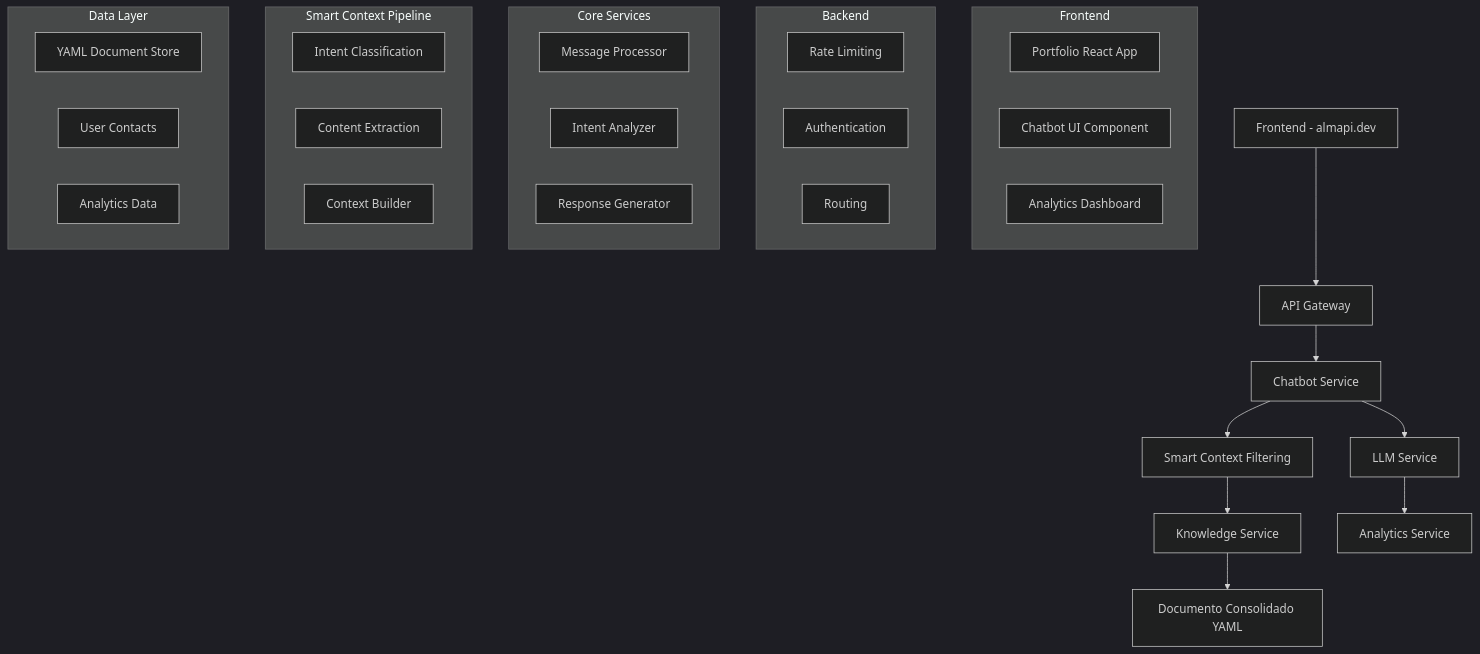
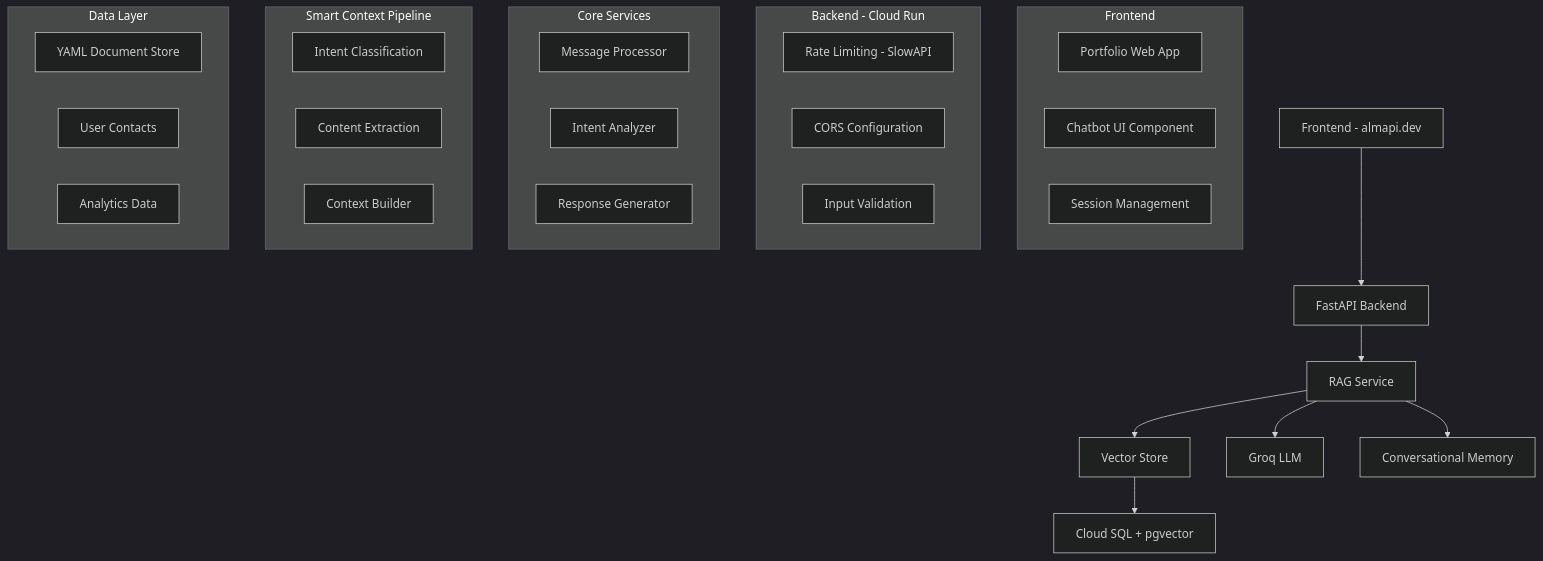
Before and after one commit to aandmaldonado/ai-resume-agent: the first of 15 diagrams in docs/tech-solution.md, drawn with Mermaid (dark theme). The commit also changed other lines of this file and 9 other files, not shown here.

````diff
--- a/docs/tech-solution.md
+++ b/docs/tech-solution.md
@@ -31,40 +32,39 @@
 ```mermaid
 graph TB
-    A[Frontend - almapi.dev] --> B[API Gateway]
-    B --> C[Chatbot Service]
-    C --> D[Smart Context Filtering]
-    D --> E[Knowledge Service]
-    E --> F[Documento Consolidado YAML]
-    C --> G[LLM Service]
-    G --> H[Analytics Service]
+    A[Frontend - almapi.dev] --> B[FastAPI Backend]
+    B --> C[RAG Service]
+    C --> D[Vector Store]
+    D --> E[Cloud SQL + pgvector]
+    C --> F[Groq LLM]
+    C --> G[Conversational Memory]
     
     subgraph "Frontend"
-        A1[Portfolio React App]
+        A1[Portfolio Web App]
         A2[Chatbot UI Component]
-        A3[Analytics Dashboard]
+        A3[Session Management]
     end
     
-    subgraph "Backend"
-        B1[Rate Limiting]
-        B2[Authentication]
-        B3[Routing]
+    subgraph "Backend - Cloud Run"
+        B1[Rate Limiting - SlowAPI]
+        B2[CORS Configuration]
+        B3[Input Validation]
     end
     
     subgraph "Core Services"
         C1[Message Processor]
         C2[Intent Analyzer]
         C3[Response Generator]
     end
     
     subgraph "Smart Context Pipeline"
         D1[Intent Classification]
         D2[Content Extraction]
         D3[Context Builder]
     end
     
     subgraph "Data Layer"
         F1[YAML Document Store]
         F2[User Contacts]
         F3[Analytics Data]
     end
 ```
````
